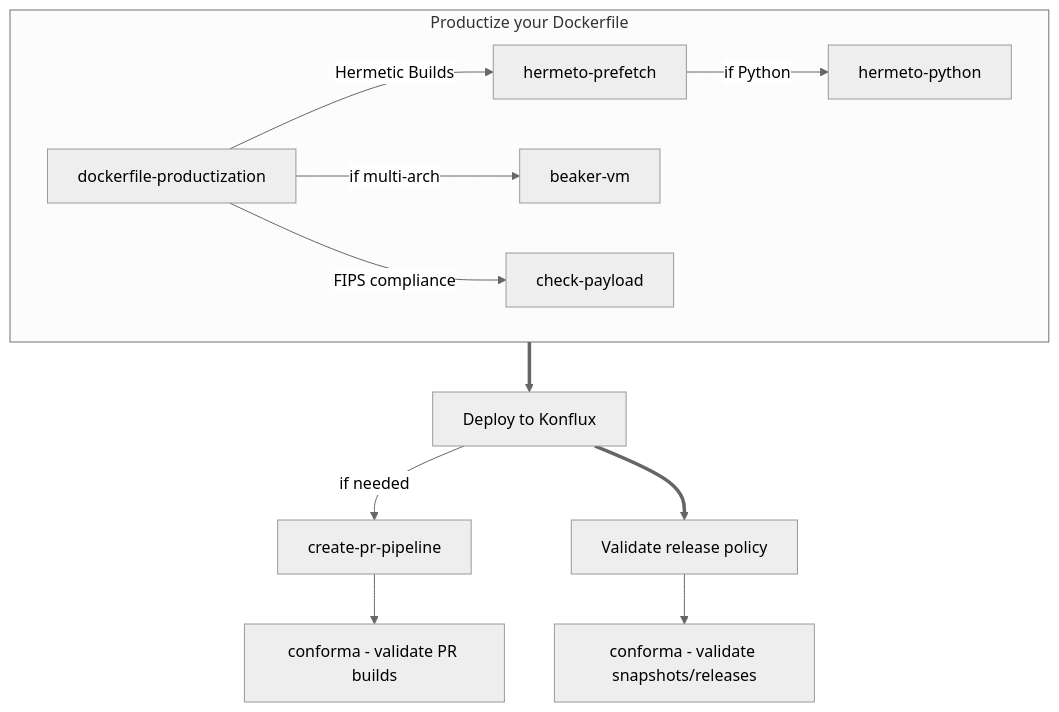
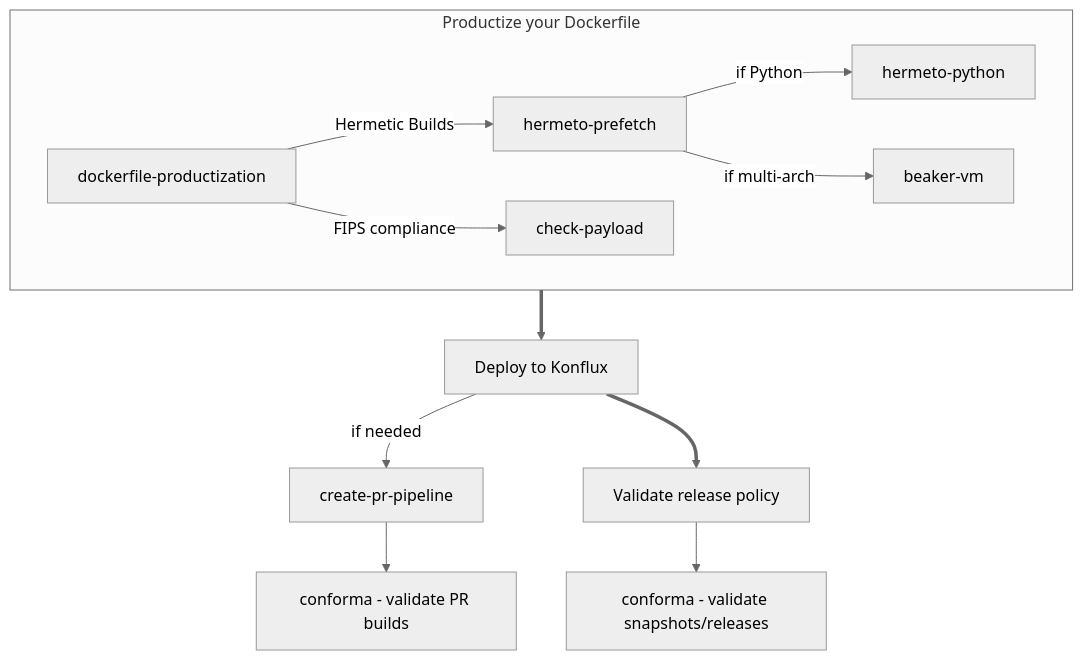
The diagram in README.md (ckhordiasma/konflux-cookbook), drawn with Mermaid (neutral theme) before and after one commit. The commit also changed other lines of this file and 6 other files, not shown here.

````diff
--- a/README.md
+++ b/README.md
@@ -33,31 +33,33 @@
 ```mermaid
 flowchart TD
     B["Deploy to Konflux"]
     C["Validate release policy"]
 
     subgraph A["Productize your Dockerfile"]
         df[dockerfile-productization]
         df -- Hermetic Builds --> hp[hermeto-prefetch]
         hp -- if Python --> hpy[hermeto-python]
-        df -- if multi-arch --> bv[beaker-vm]
+        hp -- if multi-arch --> bv[beaker-vm]
         df -- FIPS compliance --> cp[check-payload]
     end
 
     A ==> B
 
     B -- if needed --> crp[create-pr-pipeline]
     crp --> con1[conforma - validate PR builds]
 
     B ==> C
     C --> con2[conforma - validate snapshots/releases]
 
+    click df "guides/dockerfile-productization.md"
     click hp "guides/hermeto-prefetch.md"
     click hpy "guides/hermeto-python.md"
     click cp "guides/check-payload.md"
     click bv "guides/beaker-vm.md"
     click A "guides/dockerfile-productization.md"
     click B "guides/deploying-to-konflux.md"
     click crp "guides/create-pr-pipeline.md"
     click con1 "guides/conforma.md"
     click con2 "guides/conforma.md"
+    click C "guides/conforma.md"
 ```
````
